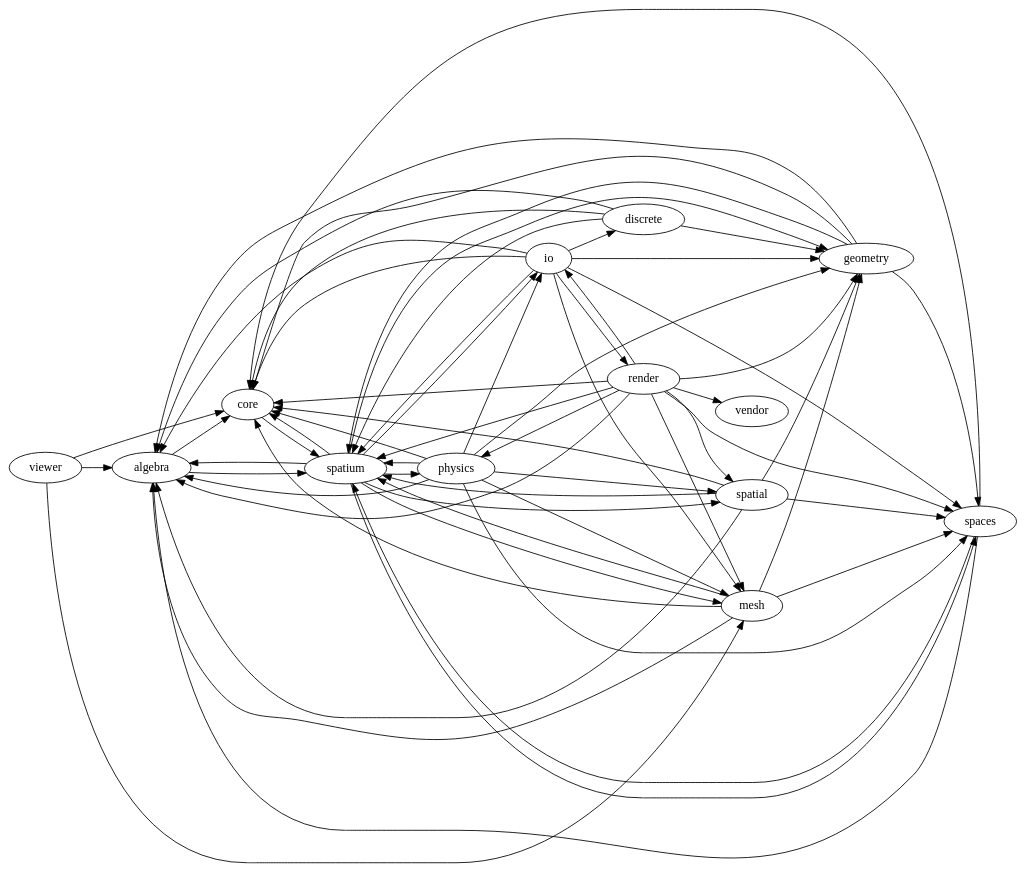
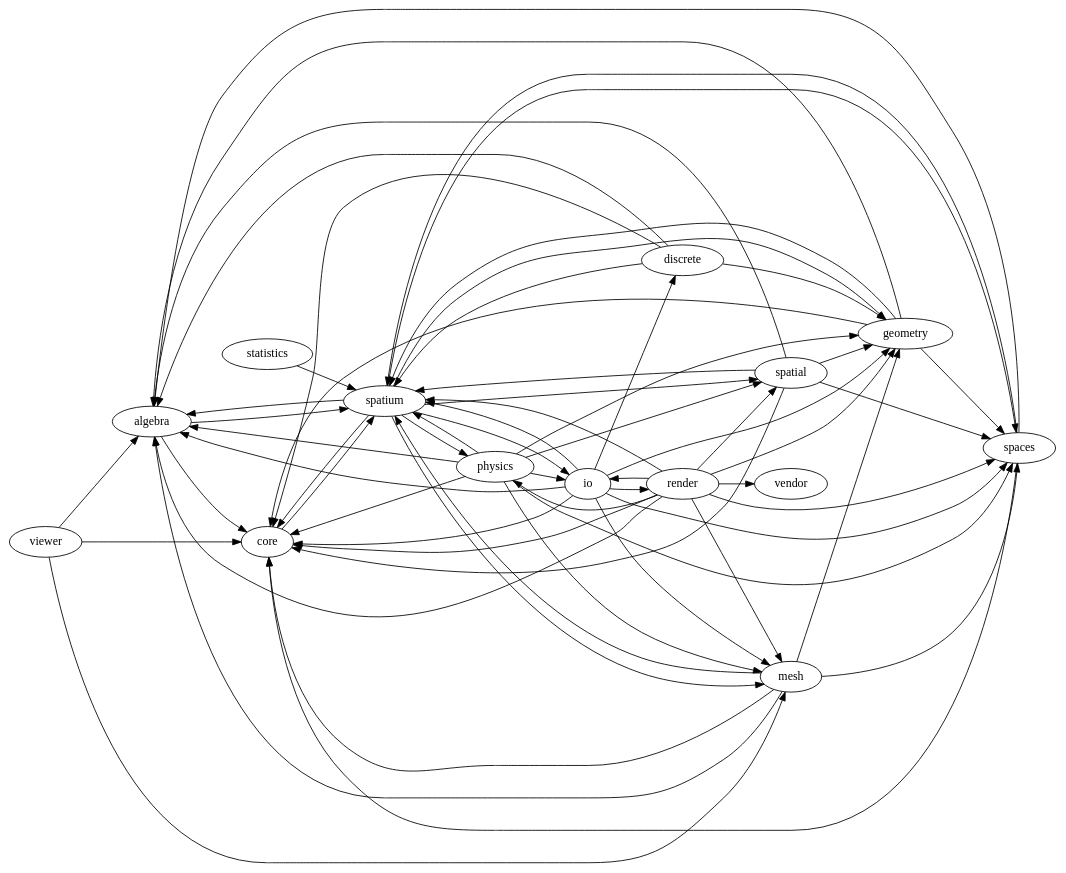
Before and after one commit to Vaniell0/spatium: the diagram in docs/dependency-graph.dot, drawn with Graphviz. The commit also changed 21 other files, not shown here.

```diff
--- a/docs/dependency-graph.dot
+++ b/docs/dependency-graph.dot
@@ -1,64 +1,65 @@
 digraph spatium_dependencies {
     rankdir=LR;
     "algebra" -> "core";
     "algebra" -> "spatium";
     "core" -> "spatium";
     "discrete" -> "algebra";
     "discrete" -> "core";
     "discrete" -> "geometry";
     "discrete" -> "spatium";
     "geometry" -> "algebra";
     "geometry" -> "core";
     "geometry" -> "spaces";
     "geometry" -> "spatium";
     "io" -> "algebra";
     "io" -> "core";
     "io" -> "discrete";
     "io" -> "geometry";
     "io" -> "mesh";
     "io" -> "render";
     "io" -> "spaces";
     "io" -> "spatium";
     "mesh" -> "algebra";
     "mesh" -> "core";
     "mesh" -> "geometry";
     "mesh" -> "spaces";
     "mesh" -> "spatium";
     "physics" -> "algebra";
     "physics" -> "core";
     "physics" -> "geometry";
     "physics" -> "io";
     "physics" -> "mesh";
     "physics" -> "spaces";
     "physics" -> "spatial";
     "physics" -> "spatium";
     "render" -> "algebra";
     "render" -> "core";
     "render" -> "geometry";
     "render" -> "io";
     "render" -> "mesh";
     "render" -> "physics";
     "render" -> "spaces";
     "render" -> "spatial";
     "render" -> "spatium";
     "render" -> "vendor";
     "spaces" -> "algebra";
     "spaces" -> "core";
     "spaces" -> "spatium";
     "spatial" -> "algebra";
     "spatial" -> "core";
     "spatial" -> "geometry";
     "spatial" -> "spaces";
     "spatial" -> "spatium";
     "spatium" -> "algebra";
     "spatium" -> "core";
     "spatium" -> "geometry";
     "spatium" -> "io";
     "spatium" -> "mesh";
     "spatium" -> "physics";
     "spatium" -> "spaces";
     "spatium" -> "spatial";
+    "statistics" -> "spatium";
     "viewer" -> "algebra";
     "viewer" -> "core";
     "viewer" -> "mesh";
 }
```
